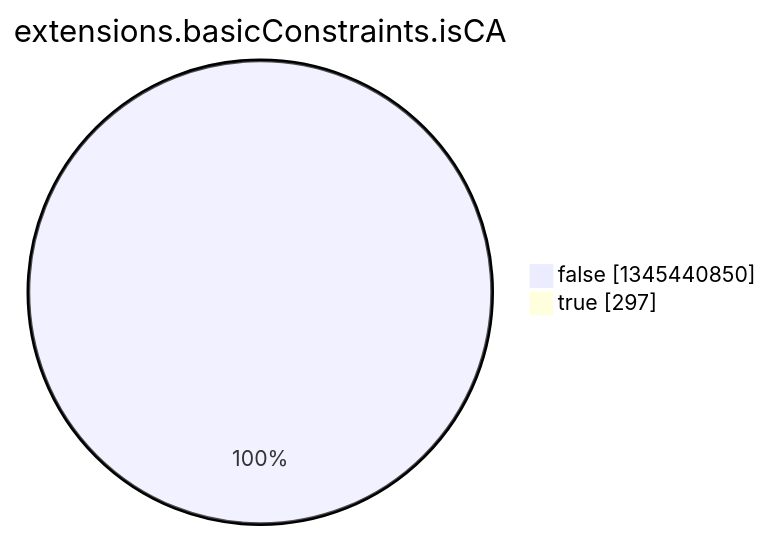
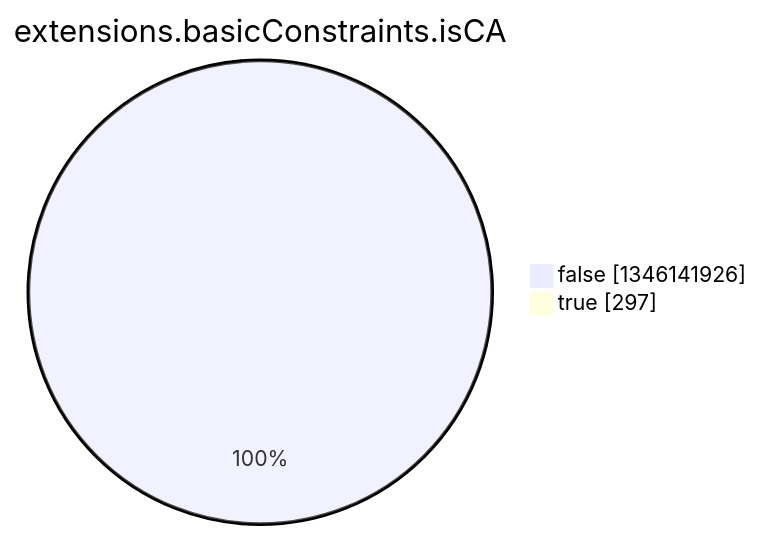
The eighth of 15 diagrams in argon2022/README.md (christiankrug/ctmonitor_visualization), drawn with Mermaid before and after one commit. The commit also changed other lines of this file, not shown here.

````diff
--- a/argon2022/README.md
+++ b/argon2022/README.md
@@ -2758,6 +2758,6 @@
 ```mermaid
 pie showData
 title extensions.basicConstraints.isCA
-"false" :1345440850
+"false" :1346141926
 "true" :297
 ```
````
